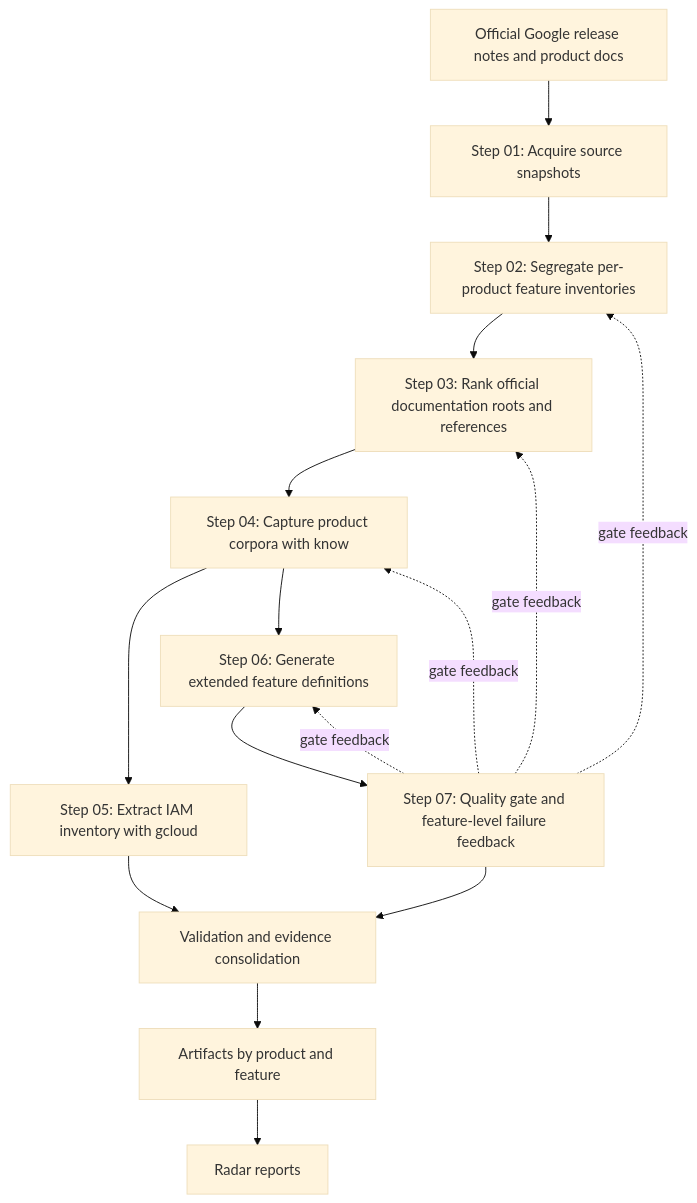
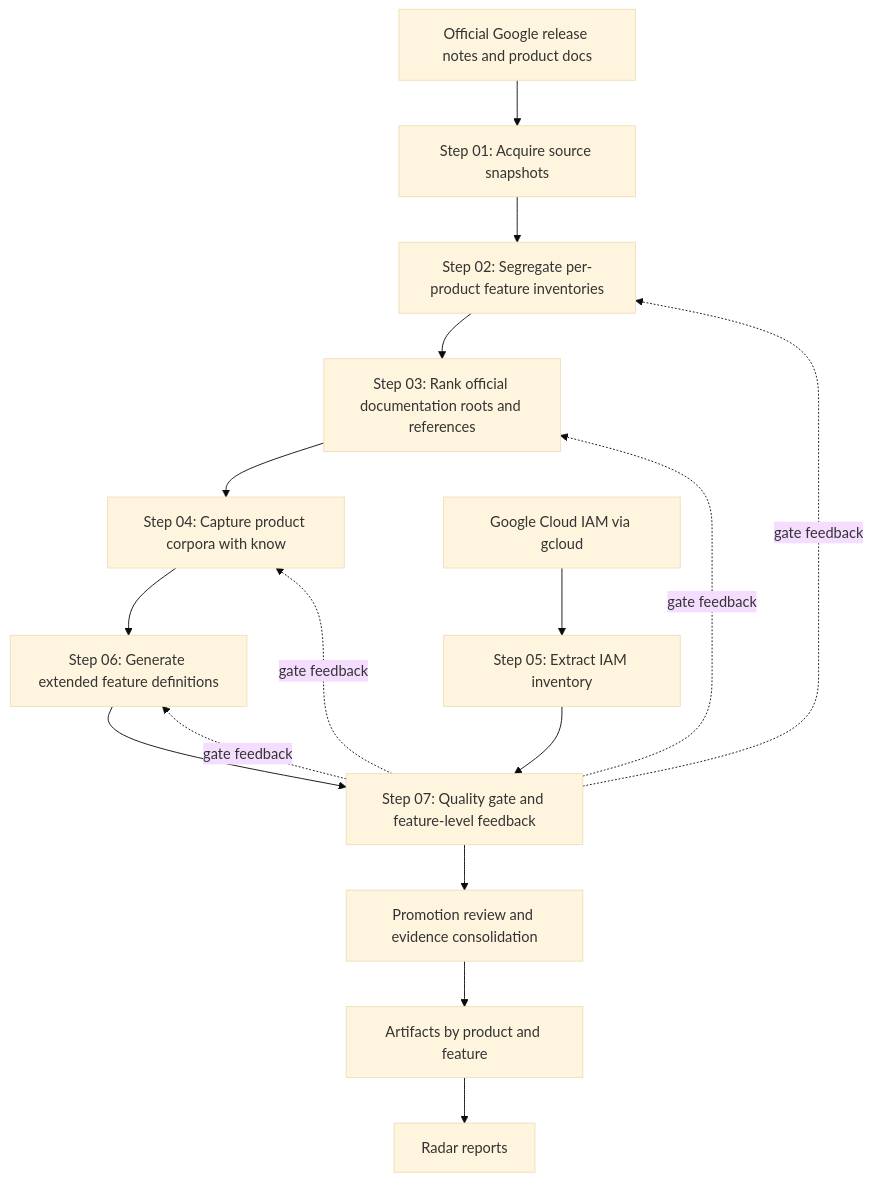
The diagram in docs/README.md (gvillarroel/gcp-radar), drawn with Mermaid (base theme) before and after one commit. The commit also changed other lines of this file and 5 other files, not shown here.

Commit message:
Clarify feature-level IAM final output contract

````diff
--- a/docs/README.md
+++ b/docs/README.md
@@ -58,18 +59,18 @@
 ```mermaid
 flowchart TD
     A["Official Google release notes and product docs"] --> B["Step 01: Acquire source snapshots"]
     B --> C["Step 02: Segregate per-product feature inventories"]
     C --> D["Step 03: Rank official documentation roots and references"]
     D --> E["Step 04: Capture product corpora with know"]
-    E --> F["Step 05: Extract IAM inventory with gcloud"]
+    L["Google Cloud IAM via gcloud"] --> F["Step 05: Extract IAM inventory"]
     E --> G["Step 06: Generate extended feature definitions"]
-    G --> H["Step 07: Quality gate and feature-level failure feedback"]
-    F --> I["Validation and evidence consolidation"]
-    H --> I
+    F --> H["Step 07: Quality gate and feature-level feedback"]
+    G --> H
+    H --> I["Promotion review and evidence consolidation"]
     I --> J["Artifacts by product and feature"]
     J --> K["Radar reports"]
     H -. gate feedback .-> C
     H -. gate feedback .-> D
     H -. gate feedback .-> E
     H -. gate feedback .-> G
 ```
````
